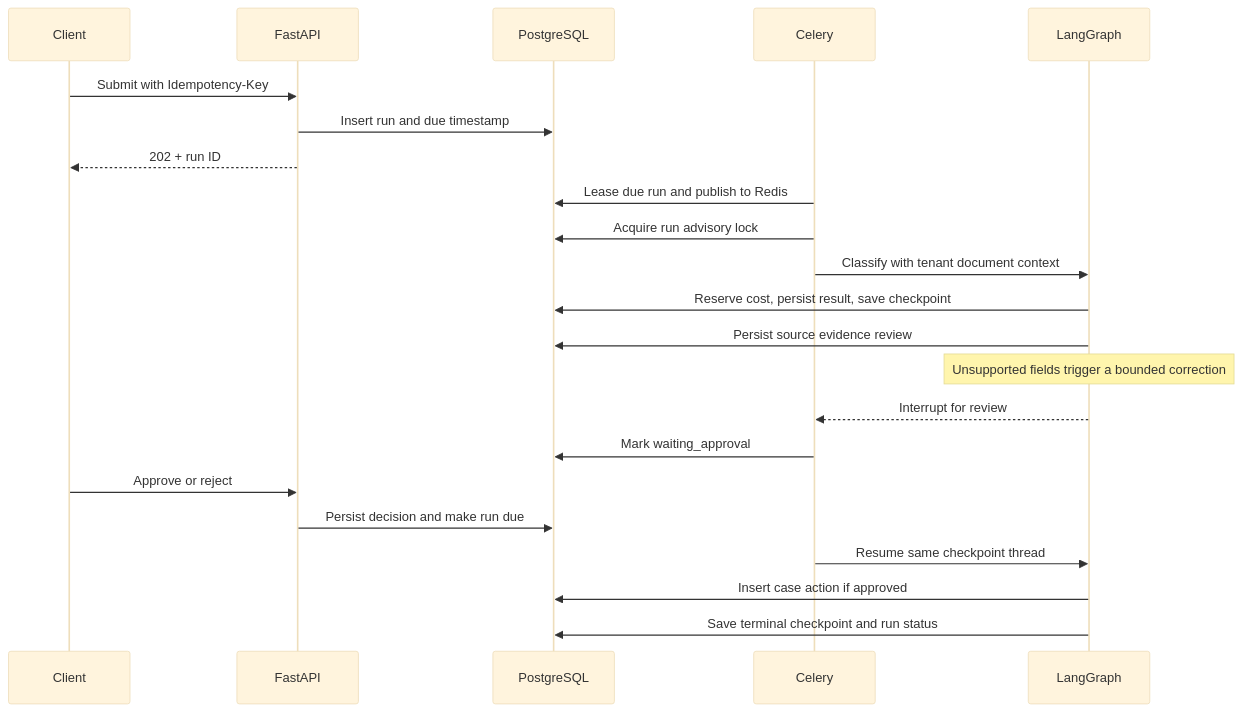
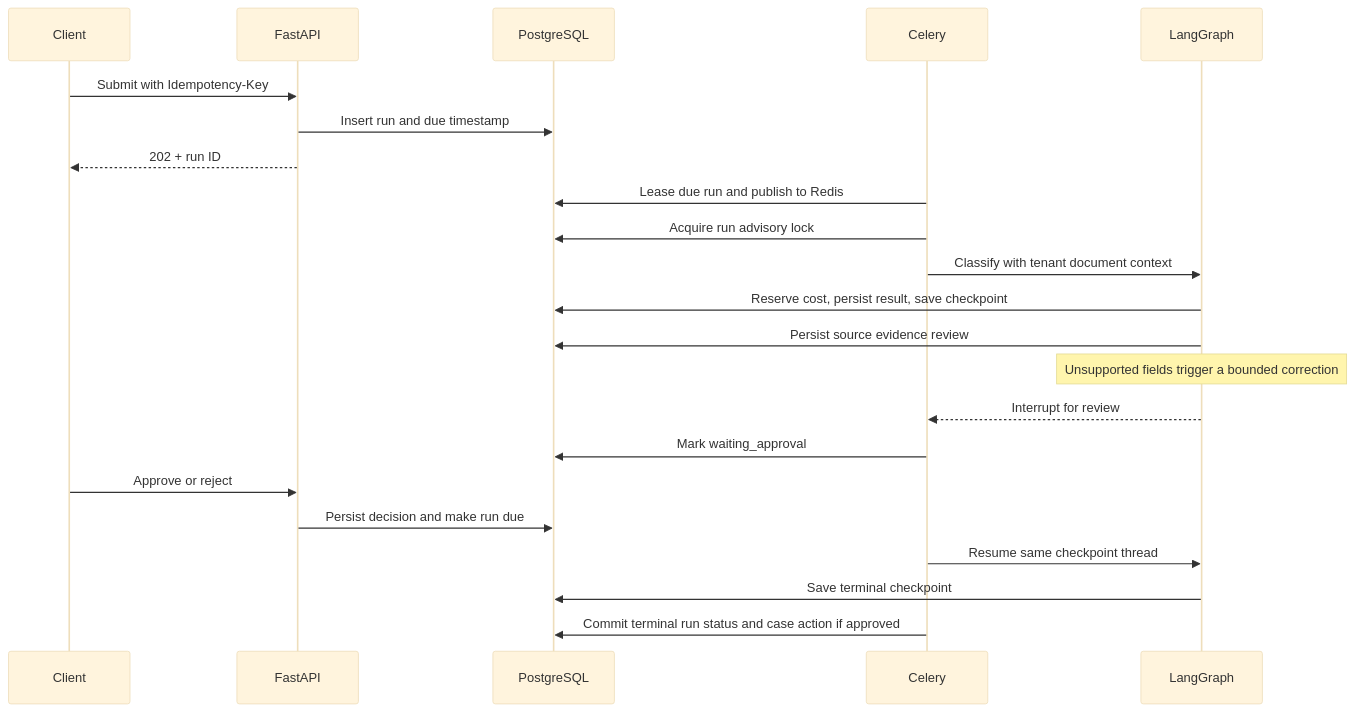
The first of 2 diagrams in docs/ARCHITECTURE.md (Galactic717/verstak-agent), drawn with Mermaid (base theme) before and after one commit. The commit also changed other lines of this file and 7 other files, not shown here.

First line of the commit message:
Commit case actions and successful run status together

````diff
--- a/docs/ARCHITECTURE.md
+++ b/docs/ARCHITECTURE.md
@@ -7,24 +7,24 @@
 ```mermaid
 sequenceDiagram
     participant Client
     participant API as FastAPI
     participant PG as PostgreSQL
     participant Worker as Celery
     participant Graph as LangGraph
     Client->>API: Submit with Idempotency-Key
     API->>PG: Insert run and due timestamp
     API-->>Client: 202 + run ID
     Worker->>PG: Lease due run and publish to Redis
     Worker->>PG: Acquire run advisory lock
     Worker->>Graph: Classify with tenant document context
     Graph->>PG: Reserve cost, persist result, save checkpoint
     Graph->>PG: Persist source evidence review
     Note over Graph: Unsupported fields trigger a bounded correction
     Graph-->>Worker: Interrupt for review
     Worker->>PG: Mark waiting_approval
     Client->>API: Approve or reject
     API->>PG: Persist decision and make run due
     Worker->>Graph: Resume same checkpoint thread
-    Graph->>PG: Insert case action if approved
-    Graph->>PG: Save terminal checkpoint and run status
+    Graph->>PG: Save terminal checkpoint
+    Worker->>PG: Commit terminal run status and case action if approved
 ```
````
